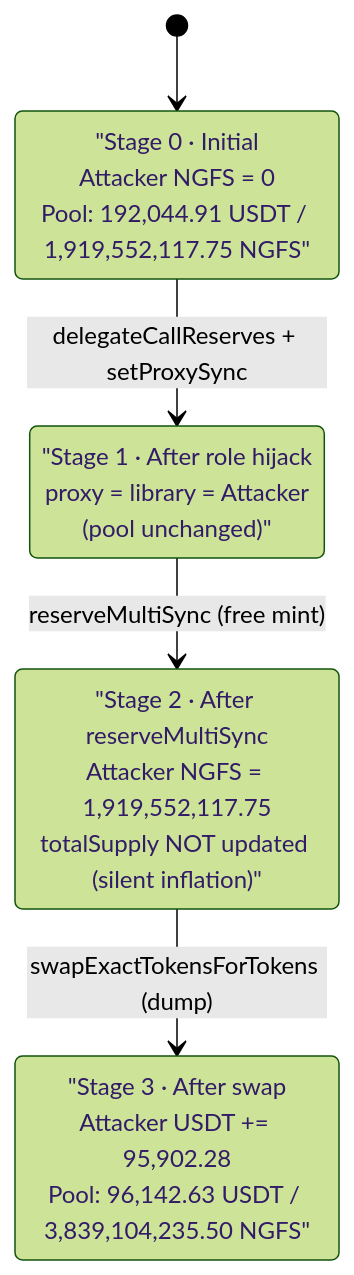
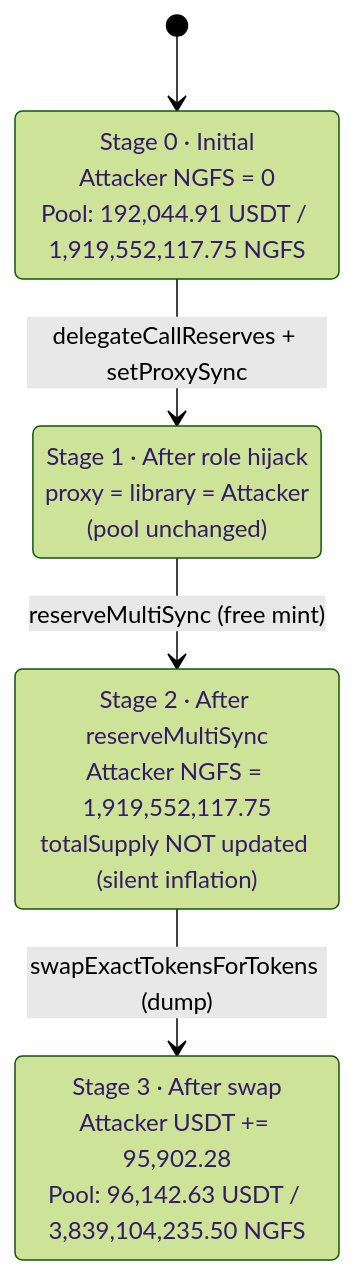
Before and after one commit to sanbir/evm-hack-registry: the third of 3 diagrams in 2024-04-NGFS_exp/NGFS_exp.md, drawn with Mermaid (forest theme). The commit also changed 280 other files, not shown here.

Commit message:
mermaid fixes

````diff
--- a/2024-04-NGFS_exp/NGFS_exp.md
+++ b/2024-04-NGFS_exp/NGFS_exp.md
@@ -298,12 +298,12 @@
 ```mermaid
 stateDiagram-v2
     [*] --> S0
-    S0: "Stage 0 · Initial<br/>Attacker NGFS = 0<br/>Pool: 192,044.91 USDT / 1,919,552,117.75 NGFS"
-    S1: "Stage 1 · After role hijack<br/>proxy = library = Attacker<br/>(pool unchanged)"
-    S2: "Stage 2 · After reserveMultiSync<br/>Attacker NGFS = 1,919,552,117.75<br/>totalSupply NOT updated (silent inflation)"
-    S3: "Stage 3 · After swap<br/>Attacker USDT += 95,902.28<br/>Pool: 96,142.63 USDT / 3,839,104,235.50 NGFS"
+    S0: Stage 0 · Initial<br/>Attacker NGFS = 0<br/>Pool#58; 192,044.91 USDT / 1,919,552,117.75 NGFS
+    S1: Stage 1 · After role hijack<br/>proxy = library = Attacker<br/>(pool unchanged)
+    S2: Stage 2 · After reserveMultiSync<br/>Attacker NGFS = 1,919,552,117.75<br/>totalSupply NOT updated (silent inflation)
+    S3: Stage 3 · After swap<br/>Attacker USDT += 95,902.28<br/>Pool#58; 96,142.63 USDT / 3,839,104,235.50 NGFS
 
     S0 --> S1: delegateCallReserves + setProxySync
     S1 --> S2: reserveMultiSync (free mint)
     S2 --> S3: swapExactTokensForTokens (dump)
 ```
````
